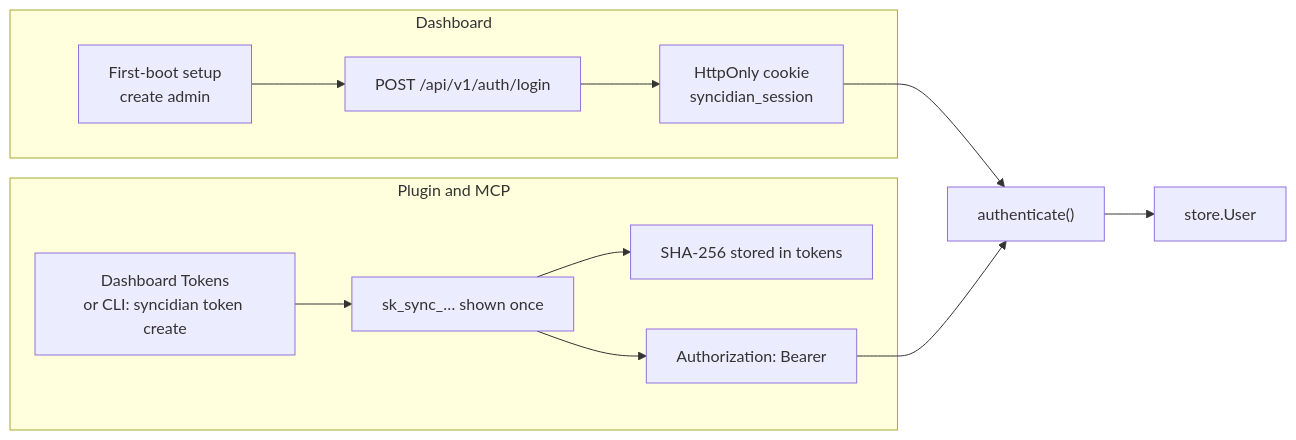
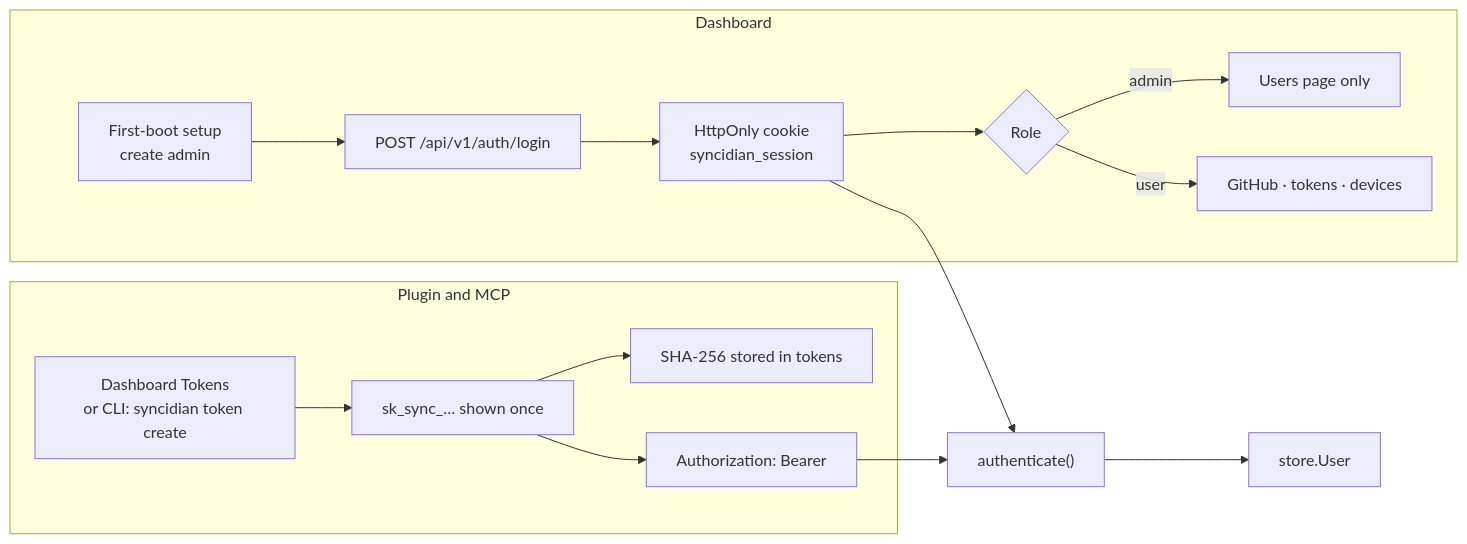
One commit to shangeethsivan/Syncidian changed the eighth of 12 diagrams in docs/architecture.md. Above: the diagram before and after it, drawn with Mermaid. The commit also changed other lines of this file and 11 other files, not shown here.

First line of the commit message:
Make GitHub repo setup per user and isolate admin accounts.

````diff
--- a/docs/architecture.md
+++ b/docs/architecture.md
@@ -243,17 +243,20 @@
 ```mermaid
 flowchart LR
   subgraph dashboard [Dashboard]
     Setup["First-boot setup<br/>create admin"] --> Login["POST /api/v1/auth/login"]
     Login --> Cookie["HttpOnly cookie<br/>syncidian_session"]
+    Cookie --> Split{"Role"}
+    Split -->|"admin"| UsersOnly["Users page only"]
+    Split -->|"user"| VaultUI["GitHub · tokens · devices"]
   end
 
   subgraph pluginAuth [Plugin and MCP]
     Admin["Dashboard Tokens<br/>or CLI: syncidian token create"] --> Raw["sk_sync_… shown once"]
     Raw --> Hash["SHA-256 stored in tokens"]
     Raw --> Header["Authorization: Bearer"]
   end
 
   Cookie --> Authed["authenticate()"]
   Header --> Authed
   Authed --> User["store.User"]
 ```
````
